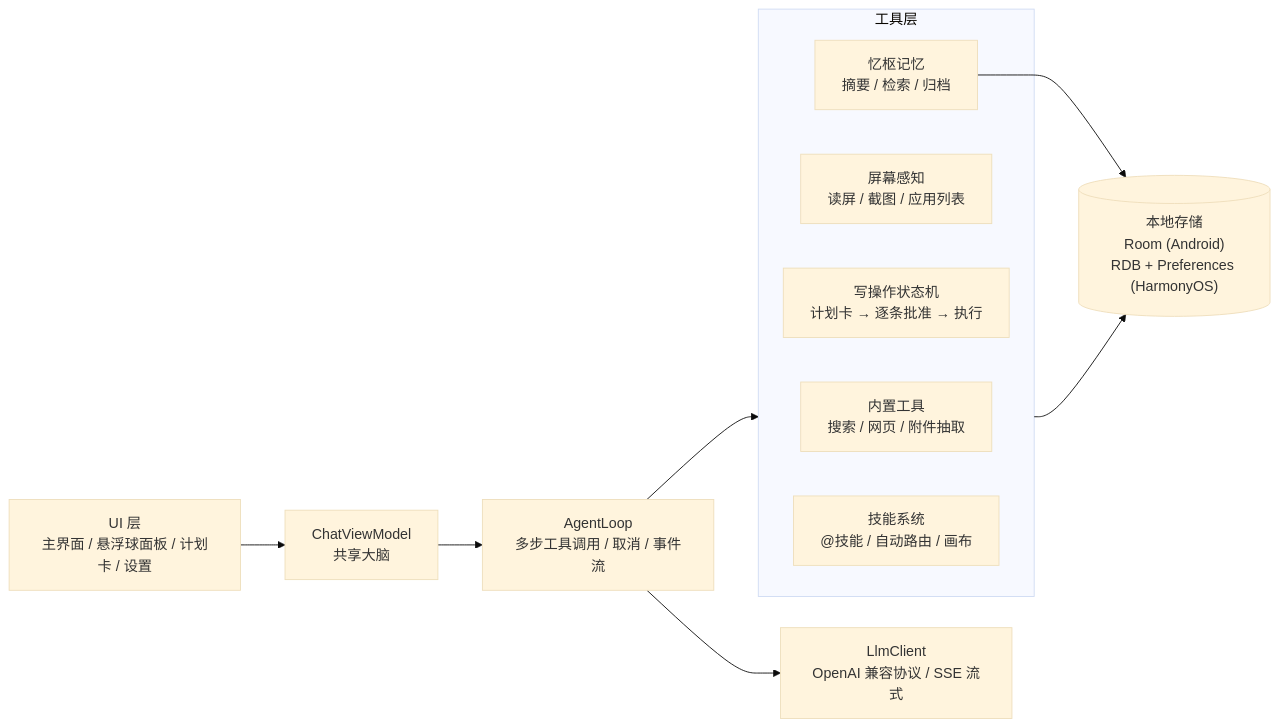
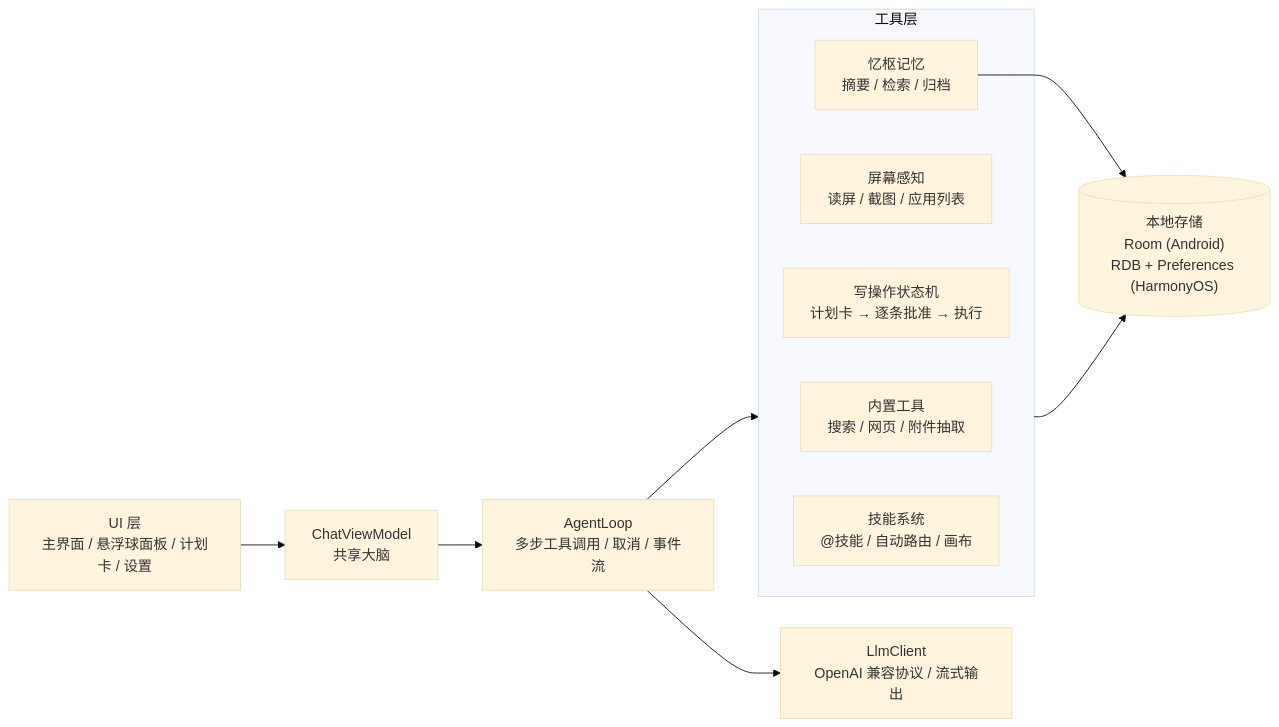
One commit to 2021291696/yunkai changed the diagram in README.md. Above: the diagram before and after it, drawn with Mermaid (base theme). The commit also changed other lines of this file and 1 other file, not shown here.

````diff
--- a/README.md
+++ b/README.md
@@ -50,16 +81,16 @@
 ```mermaid
 flowchart LR
     UI["UI 层\n主界面 / 悬浮球面板 / 计划卡 / 设置"] --> VM["ChatViewModel\n共享大脑"]
     VM --> Loop["AgentLoop\n多步工具调用 / 取消 / 事件流"]
     Loop --> Tools
     subgraph Tools [工具层]
         Builtin["内置工具\n搜索 / 网页 / 附件抽取"]
         Screen["屏幕感知\n读屏 / 截图 / 应用列表"]
         Write["写操作状态机\n计划卡 → 逐条批准 → 执行"]
         Memory["忆枢记忆\n摘要 / 检索 / 归档"]
         Skill["技能系统\n@技能 / 自动路由 / 画布"]
     end
-    Loop --> LLM["LlmClient\nOpenAI 兼容协议 / SSE 流式"]
+    Loop --> LLM["LlmClient\nOpenAI 兼容协议 / 流式输出"]
     Tools --> Store[("本地存储\nRoom (Android)\nRDB + Preferences (HarmonyOS)")]
     Memory --> Store
 ```
````
